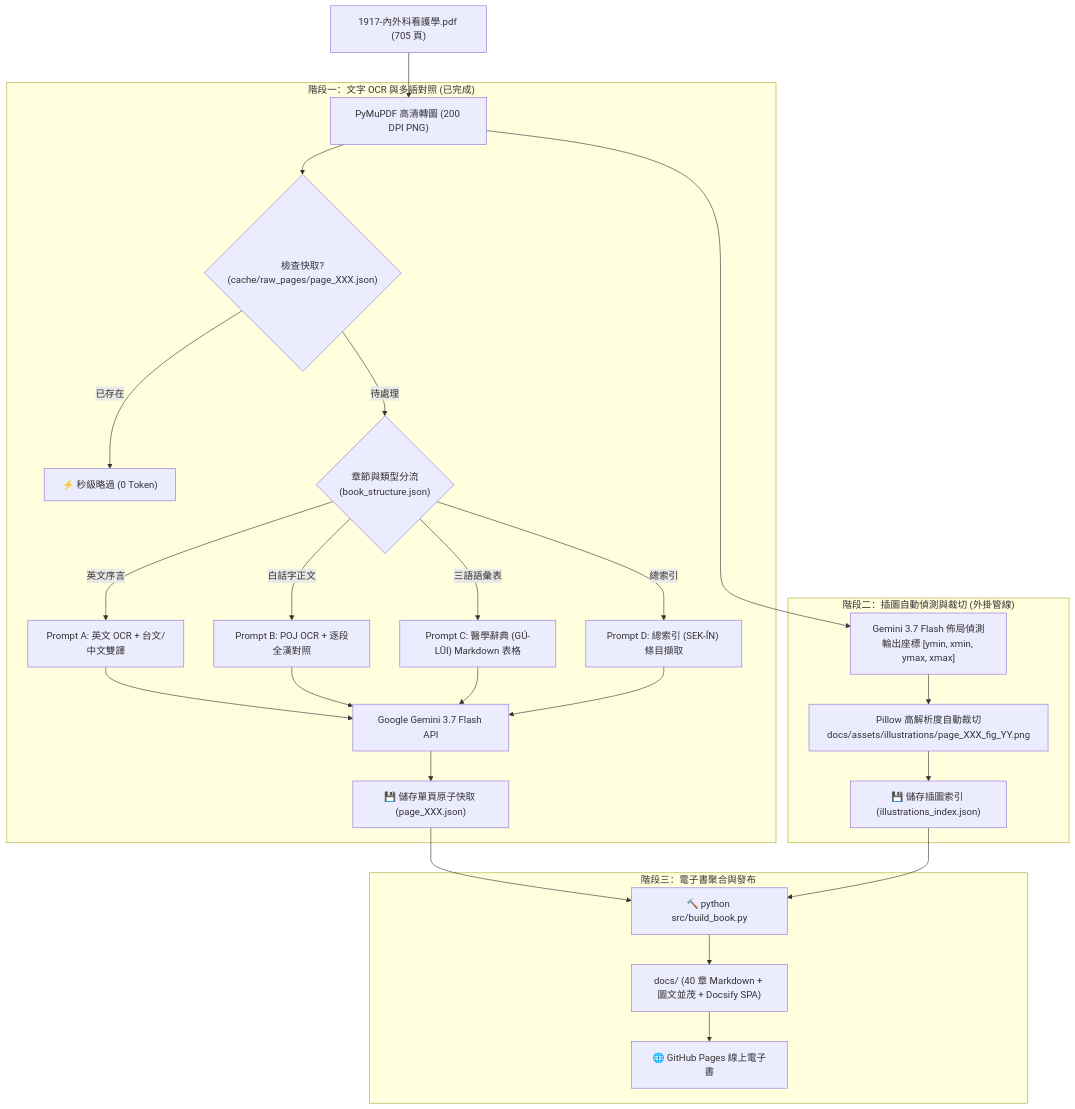
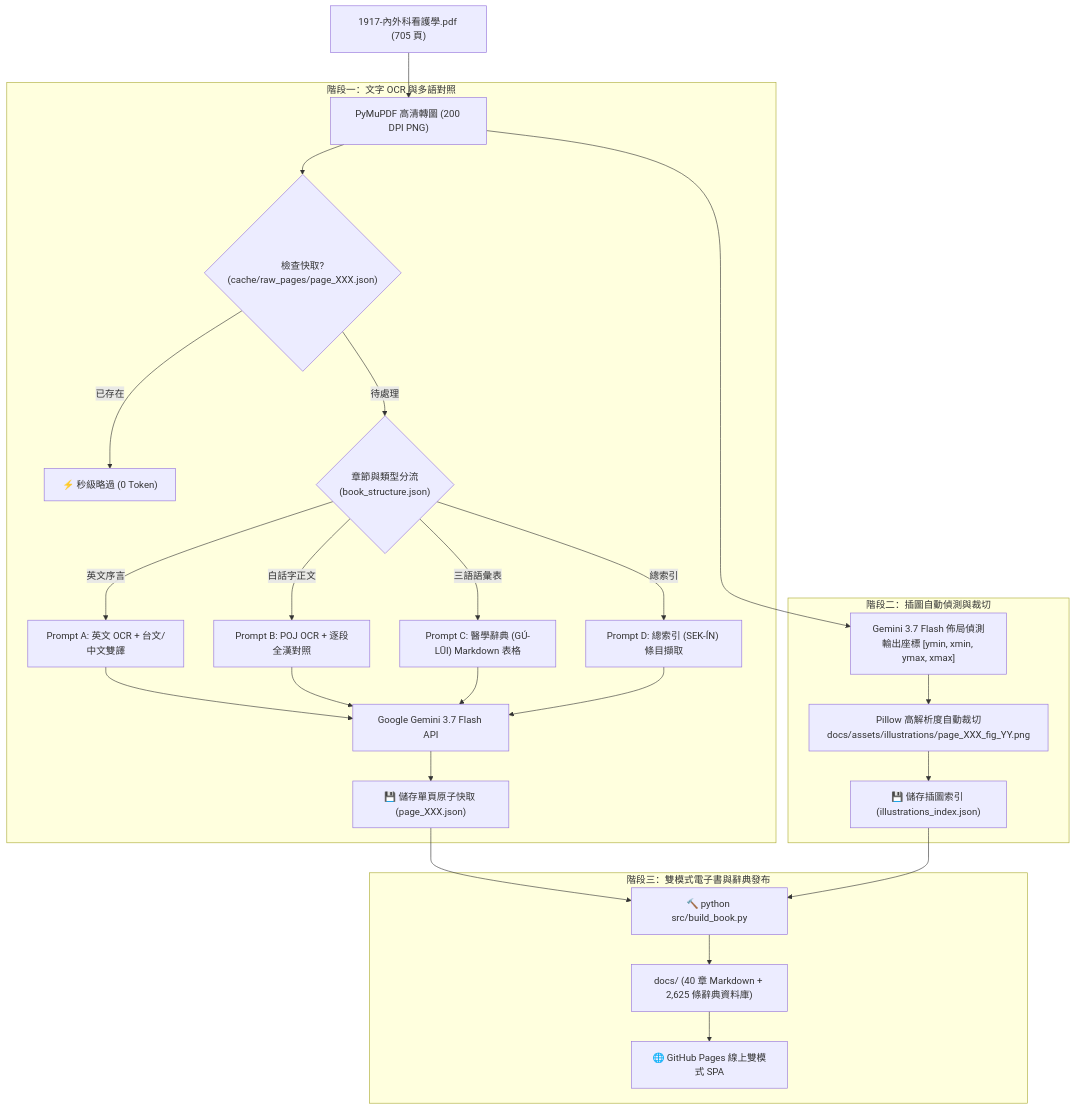
One commit to SinLiongToo/laigoakho_Tejinsiu_ebook changed the diagram in README.md. Above: the diagram before and after it, drawn with Mermaid. The commit also changed other lines of this file and 2 other files, not shown here.

Commit message:
docs: update skill, rule (AGENTS.md), and README.md with dual-mode dictionary architecture

````diff
--- a/README.md
+++ b/README.md
@@ -28,28 +54,28 @@
 ```mermaid
 flowchart TD
     PDF["1917-內外科看護學.pdf (705 頁)"] --> PDFProc["PyMuPDF 高清轉圖 (200 DPI PNG)"]
     
-    subgraph OCR_Phase ["階段一：文字 OCR 與多語對照 (已完成)"]
+    subgraph OCR_Phase ["階段一：文字 OCR 與多語對照"]
         PDFProc --> CacheCheck{"檢查快取?<br>(cache/raw_pages/page_XXX.json)"}
         CacheCheck -->|已存在| SkipOCR["⚡ 秒級略過 (0 Token)"]
         CacheCheck -->|待處理| Classify{"章節與類型分流<br>(book_structure.json)"}
         Classify -->|英文序言| P1["Prompt A: 英文 OCR + 台文/中文雙譯"]
         Classify -->|白話字正文| P2["Prompt B: POJ OCR + 逐段全漢對照"]
         Classify -->|三語語彙表| P3["Prompt C: 醫學辭典 (GÚ-LŪI) Markdown 表格"]
         Classify -->|總索引| P4["Prompt D: 總索引 (SEK-ÍN) 條目擷取"]
         P1 & P2 & P3 & P4 --> GeminiOCR["Google Gemini 3.7 Flash API"]
         GeminiOCR --> SaveRaw["💾 儲存單頁原子快取 (page_XXX.json)"]
     end
 
-    subgraph Fig_Phase ["階段二：插圖自動偵測與裁切 (外掛管線)"]
+    subgraph Fig_Phase ["階段二：插圖自動偵測與裁切"]
         PDFProc --> FigDetect["Gemini 3.7 Flash 佈局偵測<br>輸出座標 [ymin, xmin, ymax, xmax]"]
         FigDetect --> Crop["Pillow 高解析度自動裁切<br>docs/assets/illustrations/page_XXX_fig_YY.png"]
         Crop --> SaveFigIndex["💾 儲存插圖索引 (illustrations_index.json)"]
     end
 
-    subgraph Build_Phase ["階段三：電子書聚合與發布"]
+    subgraph Build_Phase ["階段三：雙模式電子書與辭典發布"]
         SaveRaw & SaveFigIndex --> Builder["🔨 python src/build_book.py"]
-        Builder --> Docs["docs/ (40 章 Markdown + 圖文並茂 + Docsify SPA)"]
-        Docs --> GHPages["🌐 GitHub Pages 線上電子書"]
+        Builder --> Docs["docs/ (40 章 Markdown + 2,625 條辭典資料庫)"]
+        Docs --> GHPages["🌐 GitHub Pages 線上雙模式 SPA"]
     end
 ```
````
